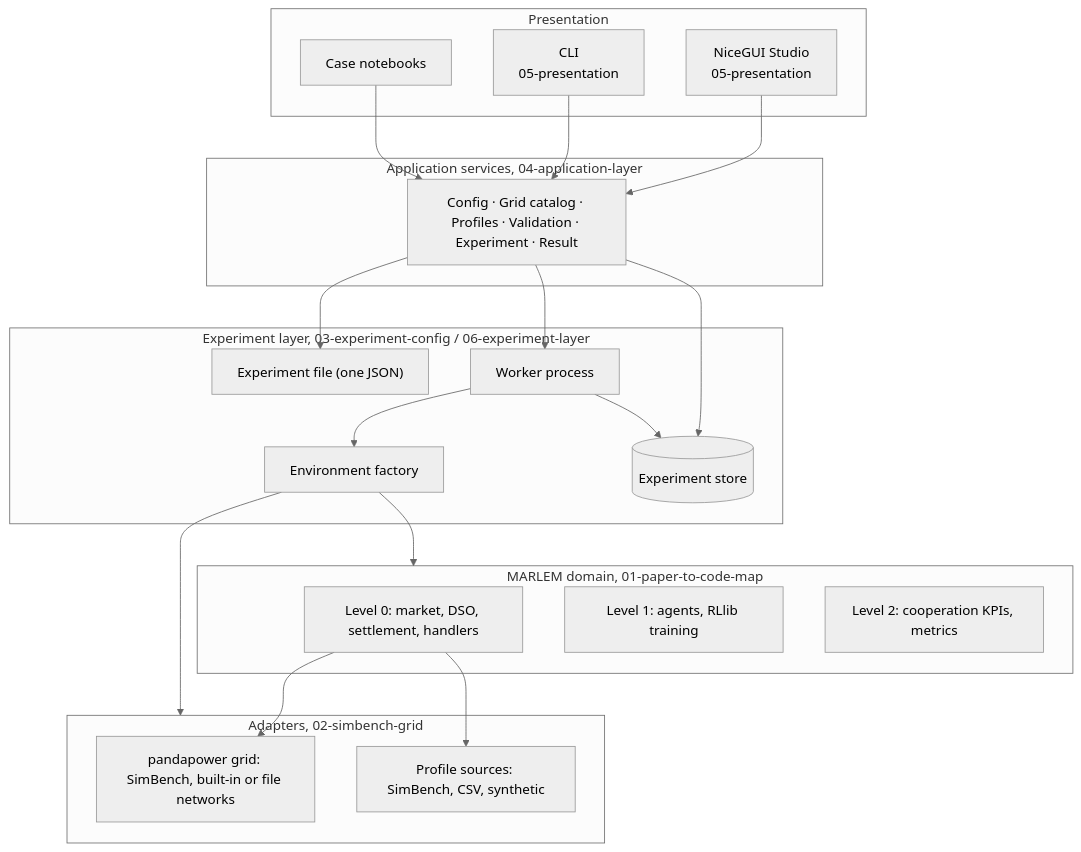
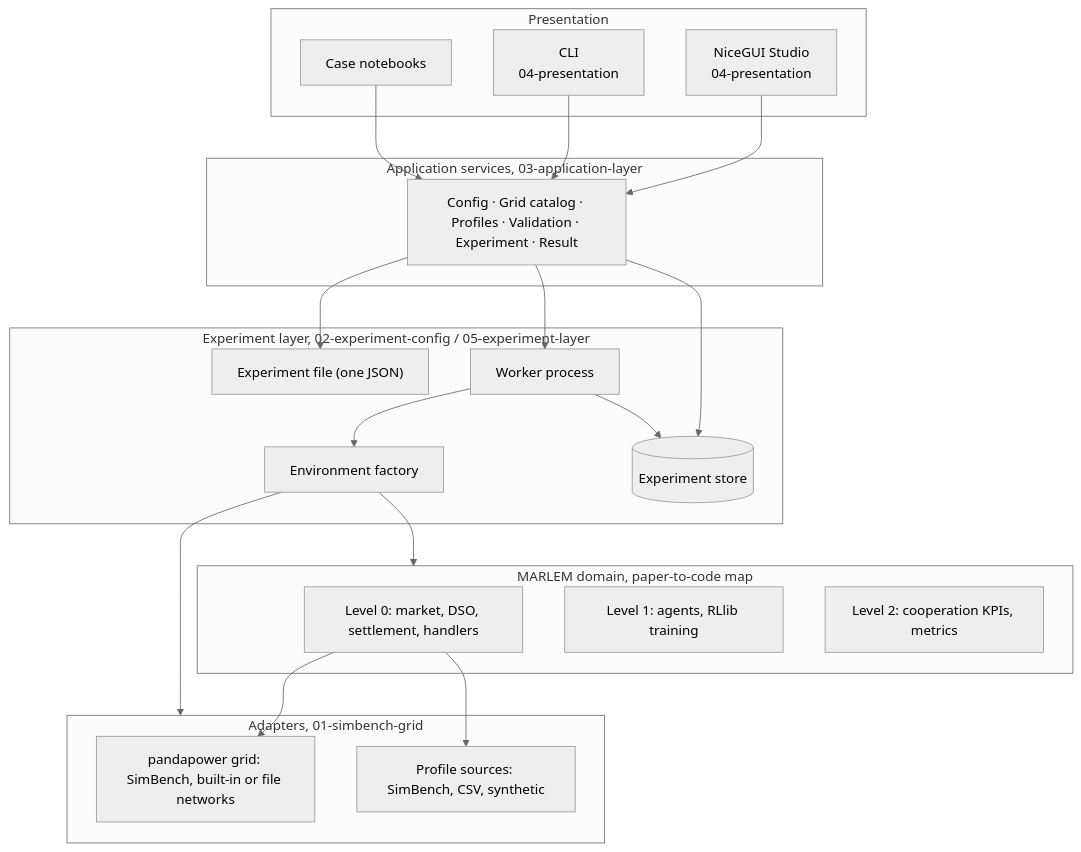
Before and after one commit to KevinRapo/P2P-thesis: the first of 2 diagrams in docs/thesis/architecture/README.md, drawn with Mermaid (neutral theme). The commit also changed other lines of this file and 46 other files, not shown here.

First line of the commit message:
docs: move the paper-to-code map to docs/paper, renumber architecture 01-05

````diff
--- a/docs/thesis/architecture/README.md
+++ b/docs/thesis/architecture/README.md
@@ -19,38 +19,38 @@
 ```mermaid
 flowchart TB
   subgraph Presentation
-    Studio["NiceGUI Studio<br/>05-presentation"]
-    CLI["CLI<br/>05-presentation"]
+    Studio["NiceGUI Studio<br/>04-presentation"]
+    CLI["CLI<br/>04-presentation"]
     NB["Case notebooks"]
   end
-  subgraph Application["Application services, 04-application-layer"]
+  subgraph Application["Application services, 03-application-layer"]
     SVC["Config · Grid catalog · Profiles · Validation · Experiment · Result"]
   end
-  subgraph Experiments["Experiment layer, 03-experiment-config / 06-experiment-layer"]
+  subgraph Experiments["Experiment layer, 02-experiment-config / 05-experiment-layer"]
     SPEC["Experiment file (one JSON)"]
     FACT["Environment factory"]
     WORK["Worker process"]
     STORE[("Experiment store")]
   end
-  subgraph MARLEM["MARLEM domain, 01-paper-to-code-map"]
+  subgraph MARLEM["MARLEM domain, paper-to-code map"]
     L0["Level 0: market, DSO, settlement, handlers"]
     L1["Level 1: agents, RLlib training"]
     L2["Level 2: cooperation KPIs, metrics"]
   end
-  subgraph Adapters["Adapters, 02-simbench-grid"]
+  subgraph Adapters["Adapters, 01-simbench-grid"]
     GRID["pandapower grid: SimBench, built-in or file networks"]
     PROF["Profile sources: SimBench, CSV, synthetic"]
   end
   Studio --> SVC
   CLI --> SVC
   NB --> SVC
   SVC --> SPEC
   SVC --> STORE
   SVC --> WORK
   WORK --> FACT
   FACT --> MARLEM
   FACT --> Adapters
   L0 --> GRID
   L0 --> PROF
   WORK --> STORE
 ```
````
